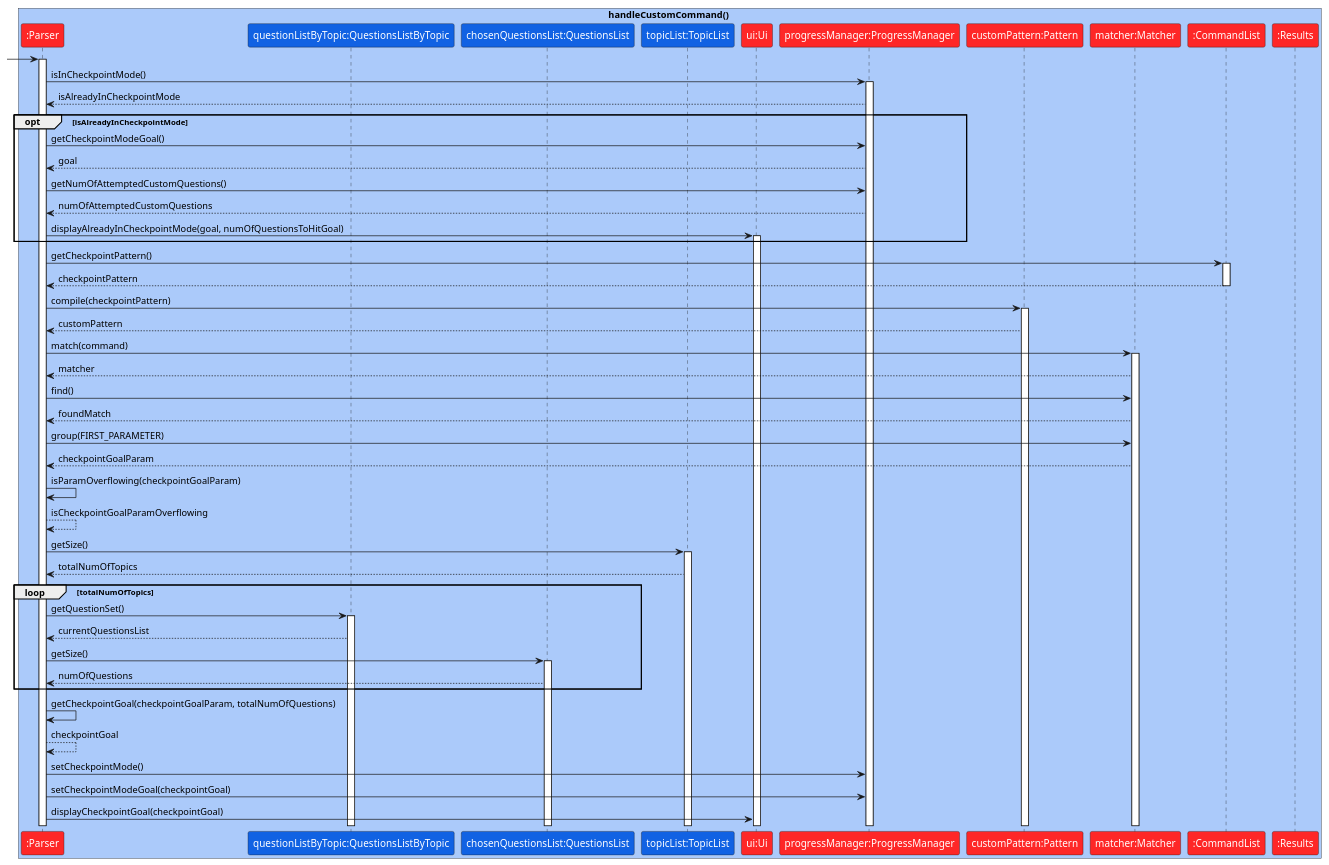
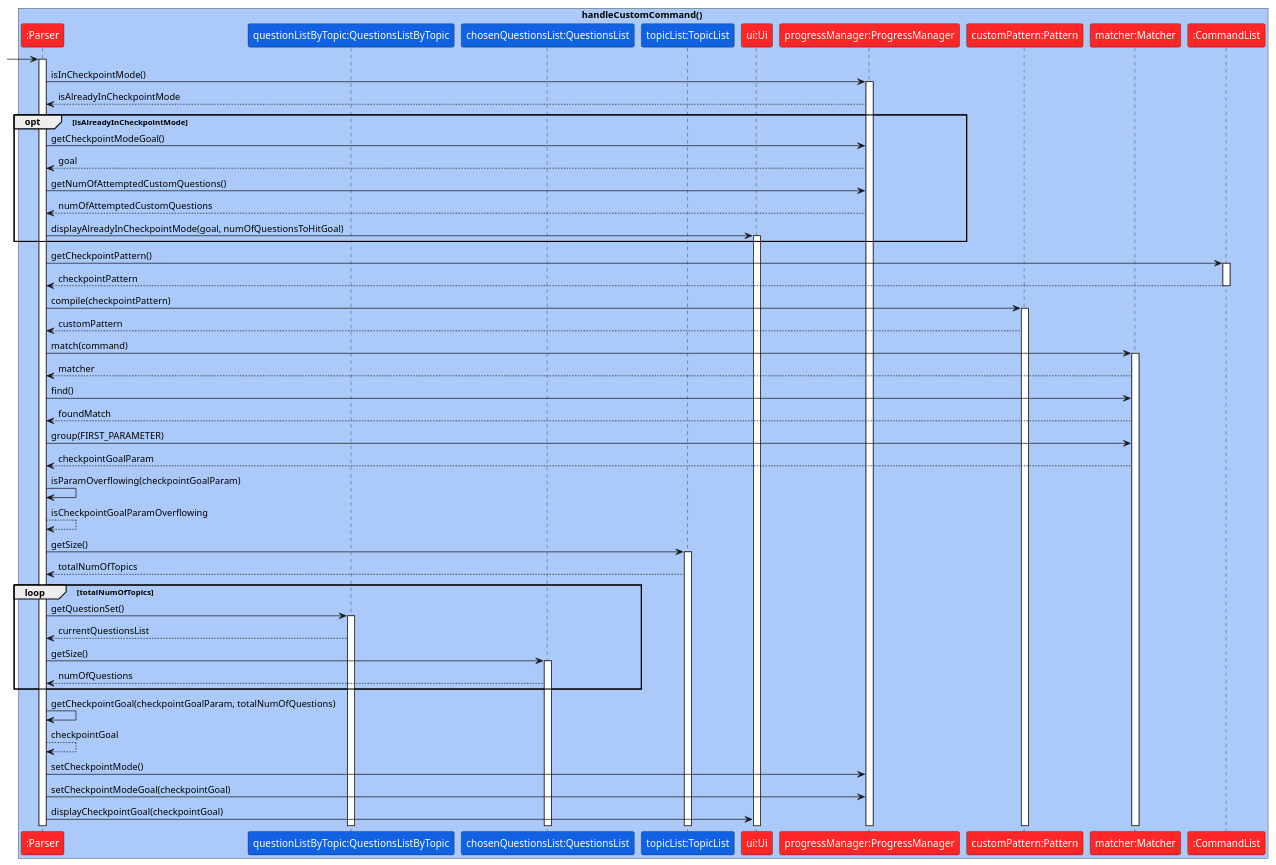
The diagram in docs/diagrams/Checkpoint.puml (yuhengr/tp), drawn with PlantUML before and after one commit.

Commit message:
Fix error in puml for checkpoint

```diff
--- a/docs/diagrams/Checkpoint.puml
+++ b/docs/diagrams/Checkpoint.puml
@@ -1,75 +1,74 @@
 @startuml
 skinparam ParticipantFontColor #FFFFFF
 
 box handleCustomCommand() #ABCAFA
 participant ":Parser" as Parser #FE2727
 participant "questionListByTopic:QuestionsListByTopic" as QuestionsListByTopic #1162E3
 participant "chosenQuestionsList:QuestionsList" as QuestionsList #1162E3
 participant "topicList:TopicList" as TopicList #1162E3
 participant "ui:Ui" as Ui #FE2727
 participant "progressManager:ProgressManager" as ProgressManager #FE2727
 participant "customPattern:Pattern" as Pattern #FE2727
 participant "matcher:Matcher" as Matcher #FE2727
 participant ":CommandList" as CommandList #FE2727
-participant ":Results" as Results #FE2727
 end box
 
 -> Parser
 activate Parser
 
 Parser -> ProgressManager : isInCheckpointMode()
 activate ProgressManager
 ProgressManager --> Parser : isAlreadyInCheckpointMode
 
 opt isAlreadyInCheckpointMode
     Parser -> ProgressManager : getCheckpointModeGoal()
     ProgressManager --> Parser : goal
     Parser -> ProgressManager : getNumOfAttemptedCustomQuestions()
     ProgressManager --> Parser : numOfAttemptedCustomQuestions
     Parser -> Ui : displayAlreadyInCheckpointMode(goal, numOfQuestionsToHitGoal)
     activate Ui
 end
 
 Parser -> CommandList : getCheckpointPattern()
 activate CommandList
 CommandList --> Parser : checkpointPattern
 deactivate CommandList
 
 Parser -> Pattern : compile(checkpointPattern)
 activate Pattern
 Pattern --> Parser : customPattern
 
 Parser -> Matcher : match(command)
 activate Matcher
 Matcher --> Parser : matcher
 
 Parser -> Matcher : find()
 Matcher --> Parser : foundMatch
 
 Parser -> Matcher : group(FIRST_PARAMETER)
 Matcher --> Parser : checkpointGoalParam
 
 Parser -> Parser : isParamOverflowing(checkpointGoalParam)
 Parser --> Parser : isCheckpointGoalParamOverflowing
 
 Parser -> TopicList : getSize()
 activate TopicList
 TopicList --> Parser : totalNumOfTopics
 
 loop totalNumOfTopics
     Parser -> QuestionsListByTopic : getQuestionSet()
     activate QuestionsListByTopic
     QuestionsListByTopic --> Parser : currentQuestionsList
     Parser -> QuestionsList : getSize()
     activate QuestionsList
     QuestionsList --> Parser : numOfQuestions
 end
 
 Parser -> Parser : getCheckpointGoal(checkpointGoalParam, totalNumOfQuestions)
 Parser --> Parser : checkpointGoal
 
 Parser -> ProgressManager : setCheckpointMode()
 Parser -> ProgressManager : setCheckpointModeGoal(checkpointGoal)
 Parser -> Ui : displayCheckpointGoal(checkpointGoal)
 
 @enduml
```
